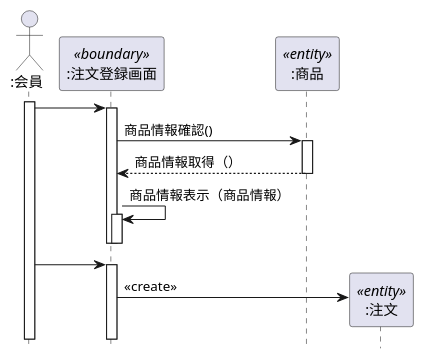
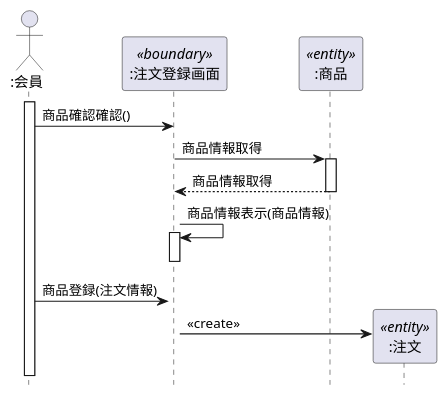
Before and after one commit to youryota/uml-introduction: the diagram in 演習4-4_SD_商品注文.pu, drawn with PlantUML.

Commit message:
編集

```diff
--- a/演習4-4_SD_商品注文.pu
+++ b/演習4-4_SD_商品注文.pu
@@ -1,24 +1,24 @@
 @startuml
 hide footbox
 Actor ":会員" as a1
 participant ":注文登録画面" as a2 <<boundary>>
 participant ":商品" as a3 <<entity>>
 participant ":注文" as a4 <<entity>>
 activate a1
-a1->a2
-    activate a2
+a1->a2:商品確認確認()
        
-    a2->a3:商品情報確認()
+    a2->a3:商品情報取得
     activate a3
-    a3-->a2:商品情報取得（）
+    a3-->a2:商品情報取得
      deactivate a3
-    a2->a2:商品情報表示（商品情報）
+    a2->a2:商品情報表示(商品情報)
      activate a2
      deactivate a2
     deactivate a2
-    a1->a2:
+
+a1->a2:商品登録(注文情報)
     activate a2
     create a4
     a2->a4:<<create>>
    
 @enduml
```
